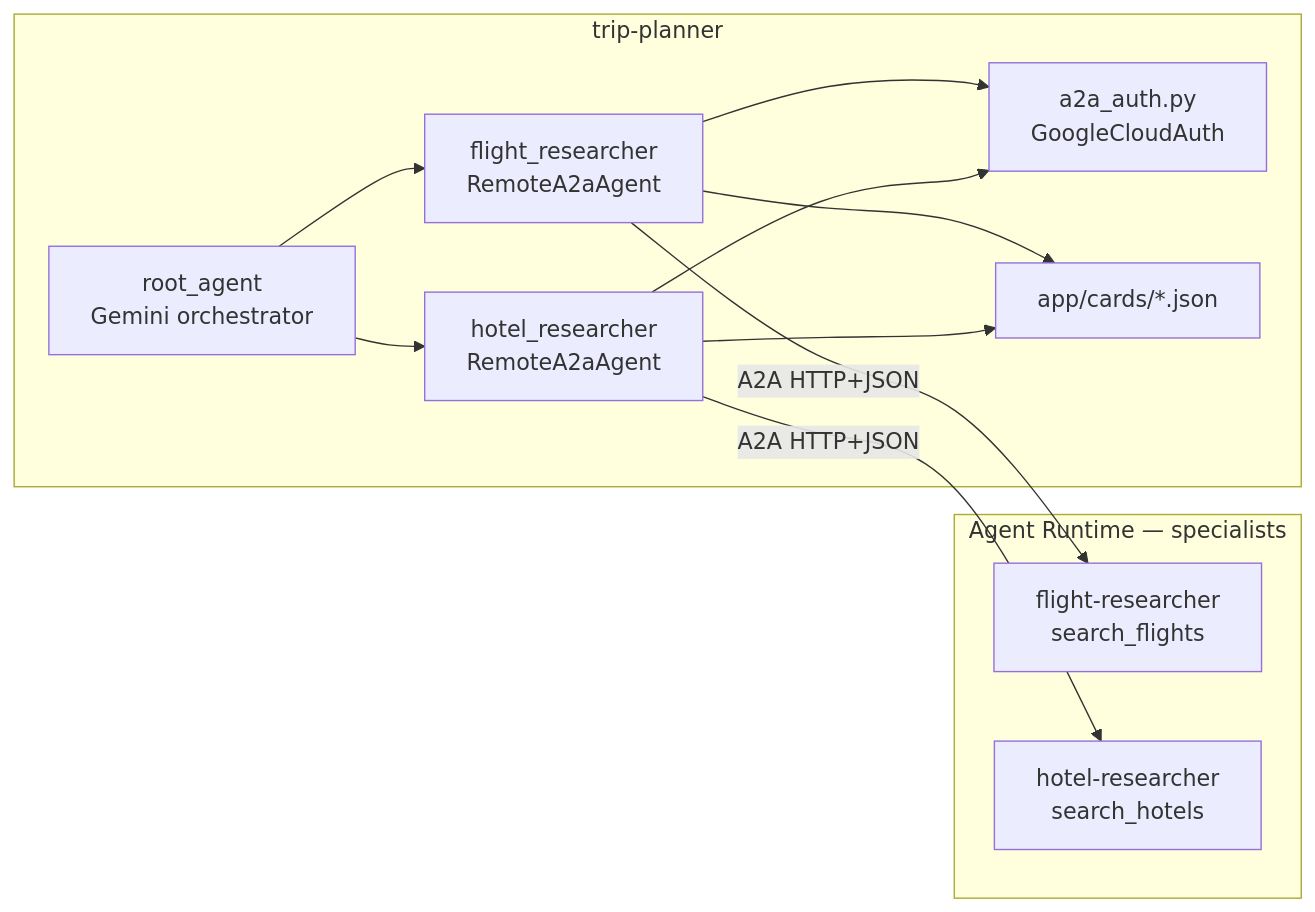
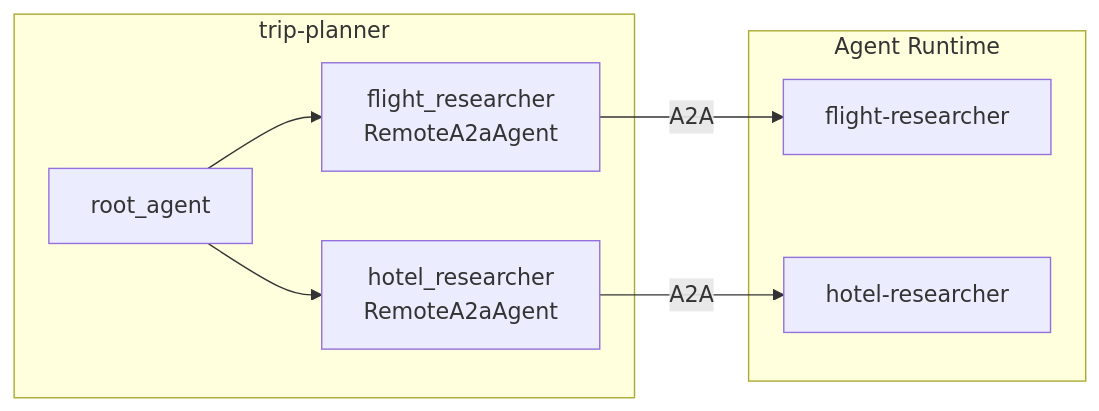
The fourth of 4 diagrams in docs/guides/00-overview.md (yu-iskw/agent-cli-demo), drawn with Mermaid before and after one commit. The commit also changed other lines of this file and 5 other files, not shown here.

````diff
--- a/docs/guides/00-overview.md
+++ b/docs/guides/00-overview.md
@@ -50,24 +120,18 @@
 ```mermaid
 flowchart LR
   subgraph Orchestrator["trip-planner"]
-    Root["root_agent<br/>Gemini orchestrator"]
+    Root["root_agent"]
     RA1["flight_researcher<br/>RemoteA2aAgent"]
     RA2["hotel_researcher<br/>RemoteA2aAgent"]
-    Auth["a2a_auth.py<br/>GoogleCloudAuth"]
-    Cards["app/cards/*.json"]
     Root --> RA1
     Root --> RA2
-    RA1 --> Auth
-    RA2 --> Auth
-    RA1 --> Cards
-    RA2 --> Cards
   end
 
-  subgraph Specialists["Agent Runtime — specialists"]
-    F["flight-researcher<br/>search_flights"]
-    H["hotel-researcher<br/>search_hotels"]
+  subgraph Specialists["Agent Runtime"]
+    F["flight-researcher"]
+    H["hotel-researcher"]
   end
 
-  RA1 -->|"A2A HTTP+JSON"| F
-  RA2 -->|"A2A HTTP+JSON"| H
+  RA1 -->|"A2A"| F
+  RA2 -->|"A2A"| H
 ```
````
